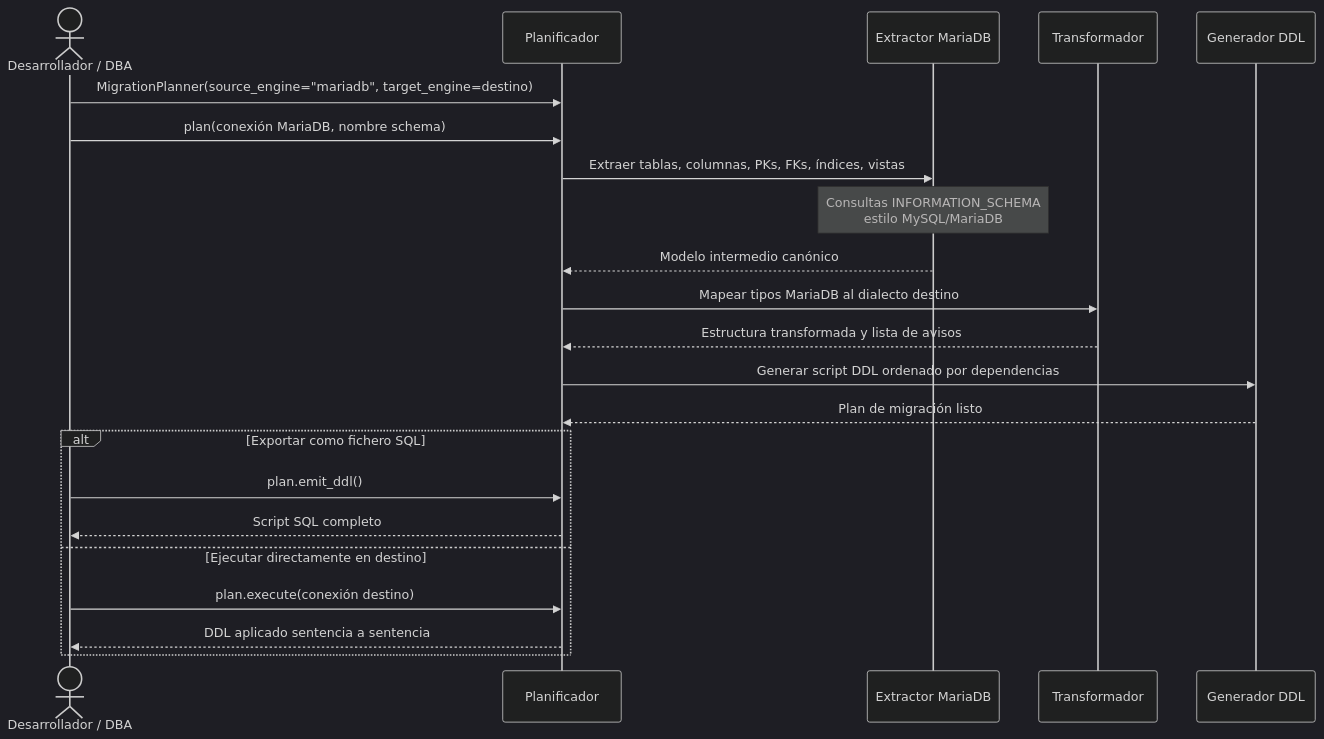
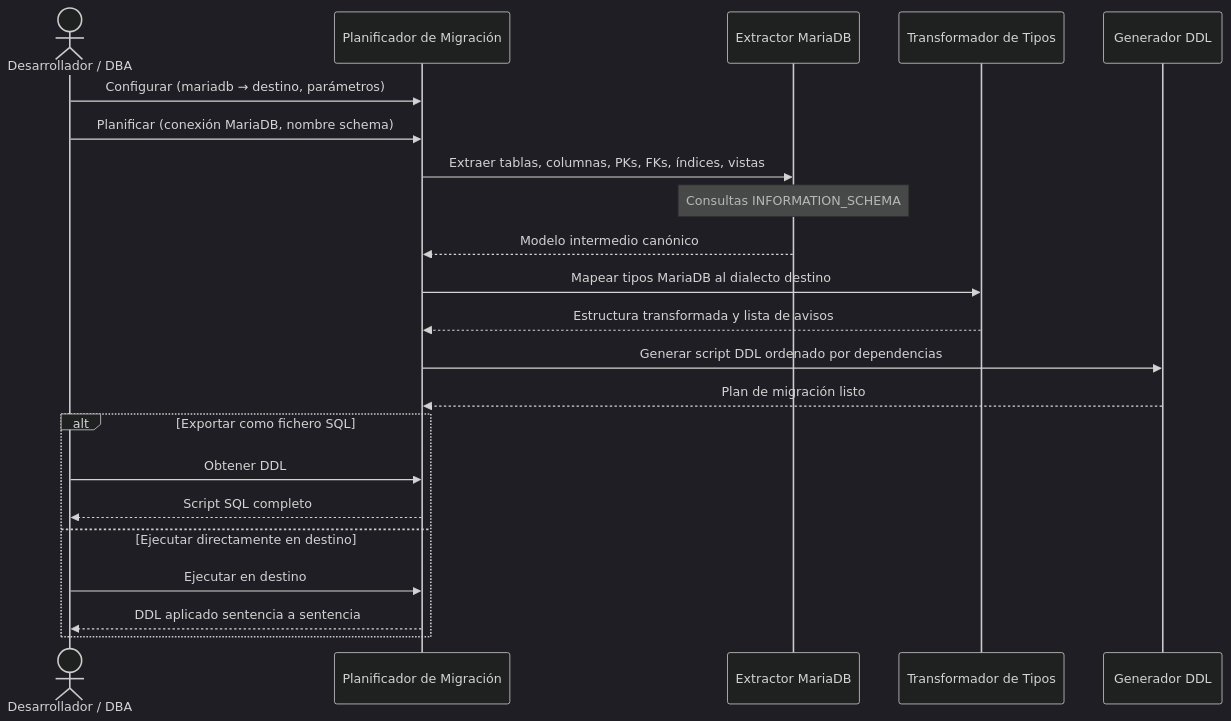
One commit to fmanza/util_bbdd changed the diagram in docs/functional/migrate-mariadb-source.md. Above: the diagram before and after it, drawn with Mermaid (dark theme). The commit also changed other lines of this file and 117 other files, not shown here.

````diff
--- a/docs/functional/migrate-mariadb-source.md
+++ b/docs/functional/migrate-mariadb-source.md
@@ -31,26 +32,26 @@
 ```mermaid
 sequenceDiagram
     actor Dev as Desarrollador / DBA
-    participant Plan as Planificador
+    participant Plan as Planificador de Migración
     participant Ext as Extractor MariaDB
-    participant Tra as Transformador
+    participant Tra as Transformador de Tipos
     participant Emi as Generador DDL
 
-    Dev->>Plan: MigrationPlanner(source_engine="mariadb", target_engine=destino)
-    Dev->>Plan: plan(conexión MariaDB, nombre schema)
+    Dev->>Plan: Configurar (mariadb → destino, parámetros)
+    Dev->>Plan: Planificar (conexión MariaDB, nombre schema)
     Plan->>Ext: Extraer tablas, columnas, PKs, FKs, índices, vistas
-    Note over Ext: Consultas INFORMATION_SCHEMA<br/>estilo MySQL/MariaDB
+    Note over Ext: Consultas INFORMATION_SCHEMA
     Ext-->>Plan: Modelo intermedio canónico
     Plan->>Tra: Mapear tipos MariaDB al dialecto destino
     Tra-->>Plan: Estructura transformada y lista de avisos
     Plan->>Emi: Generar script DDL ordenado por dependencias
     Emi-->>Plan: Plan de migración listo
 
     alt Exportar como fichero SQL
-        Dev->>Plan: plan.emit_ddl()
+        Dev->>Plan: Obtener DDL
         Plan-->>Dev: Script SQL completo
     else Ejecutar directamente en destino
-        Dev->>Plan: plan.execute(conexión destino)
+        Dev->>Plan: Ejecutar en destino
         Plan-->>Dev: DDL aplicado sentencia a sentencia
     end
 ```
````
